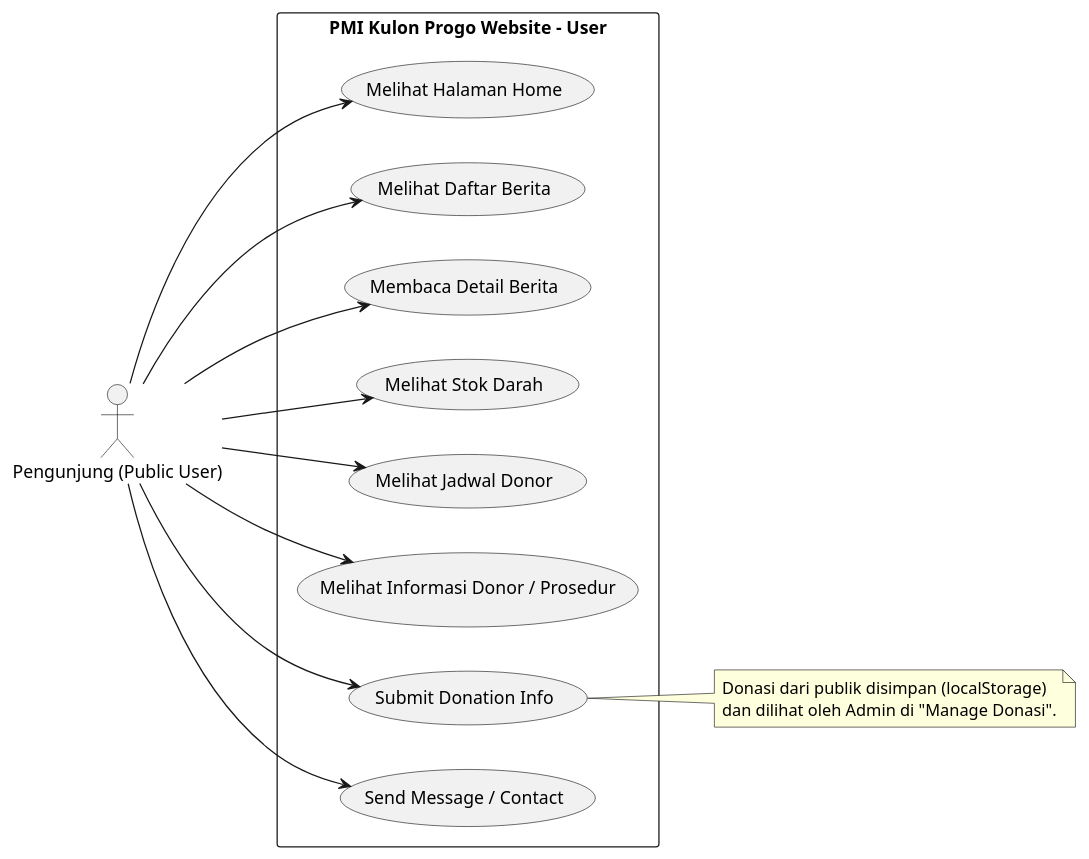
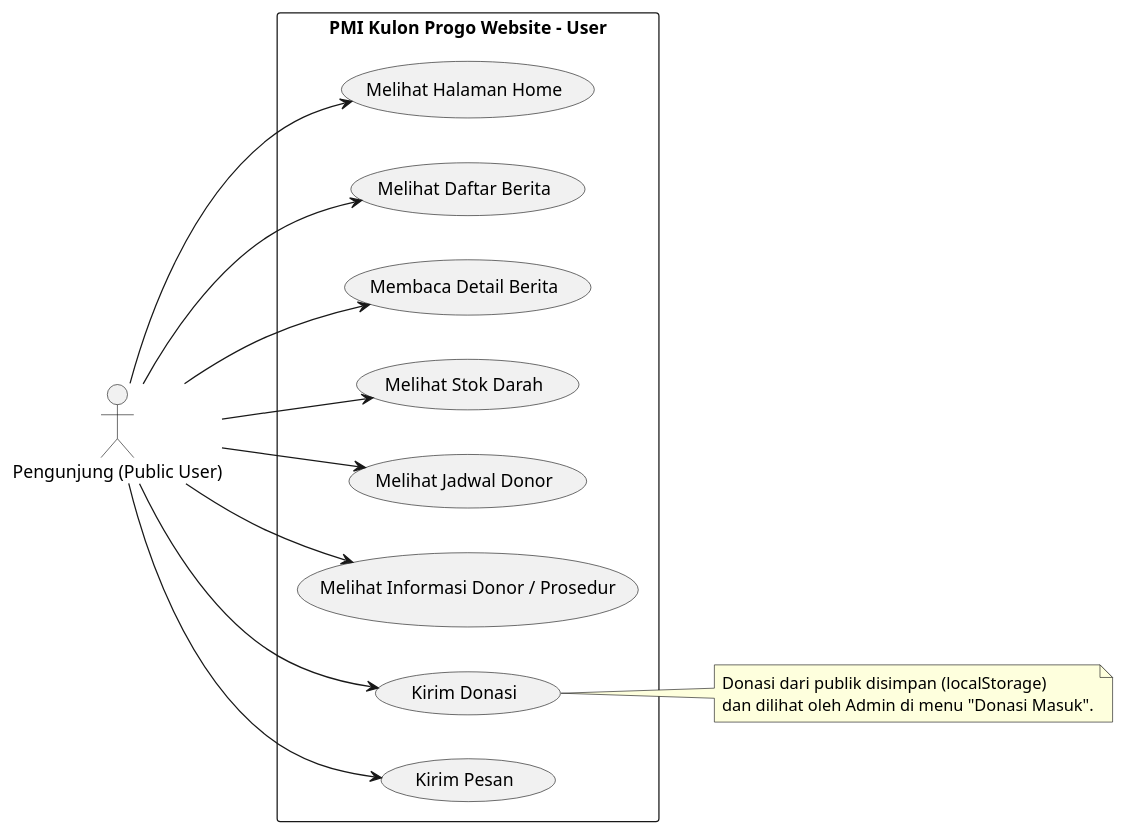
The diagram in diagram/usecase_user.puml (jaddu17/capstonepmikp), drawn with PlantUML before and after one commit. The commit also changed 23 other files, not shown here.

Commit message:
revisi diagram

```diff
--- a/diagram/usecase_user.puml
+++ b/diagram/usecase_user.puml
@@ -1,32 +1,32 @@
 @startuml
 left to right direction
 skinparam packageStyle rectangle
 
 actor "Pengunjung (Public User)" as Visitor
 
 package "PMI Kulon Progo Website - User" {
   usecase "Melihat Halaman Home" as UC_Home
   usecase "Melihat Daftar Berita" as UC_NewsList
   usecase "Membaca Detail Berita" as UC_NewsDetail
   usecase "Melihat Stok Darah" as UC_Stock
   usecase "Melihat Jadwal Donor" as UC_Schedule
   usecase "Melihat Informasi Donor / Prosedur" as UC_InfoDonor
-  usecase "Submit Donation Info" as UC_SubmitDonation
-  usecase "Send Message / Contact" as UC_Contact
+  usecase "Kirim Donasi" as UC_SubmitDonation
+  usecase "Kirim Pesan" as UC_Contact
 }
 
 Visitor --> UC_Home
 Visitor --> UC_NewsList
 Visitor --> UC_NewsDetail
 Visitor --> UC_Stock
 Visitor --> UC_Schedule
 Visitor --> UC_InfoDonor
 Visitor --> UC_SubmitDonation
 Visitor --> UC_Contact
 
 note right of UC_SubmitDonation
   Donasi dari publik disimpan (localStorage)
-  dan dilihat oleh Admin di "Manage Donasi".
+  dan dilihat oleh Admin di menu "Donasi Masuk".
 end note
 
 @enduml
```
